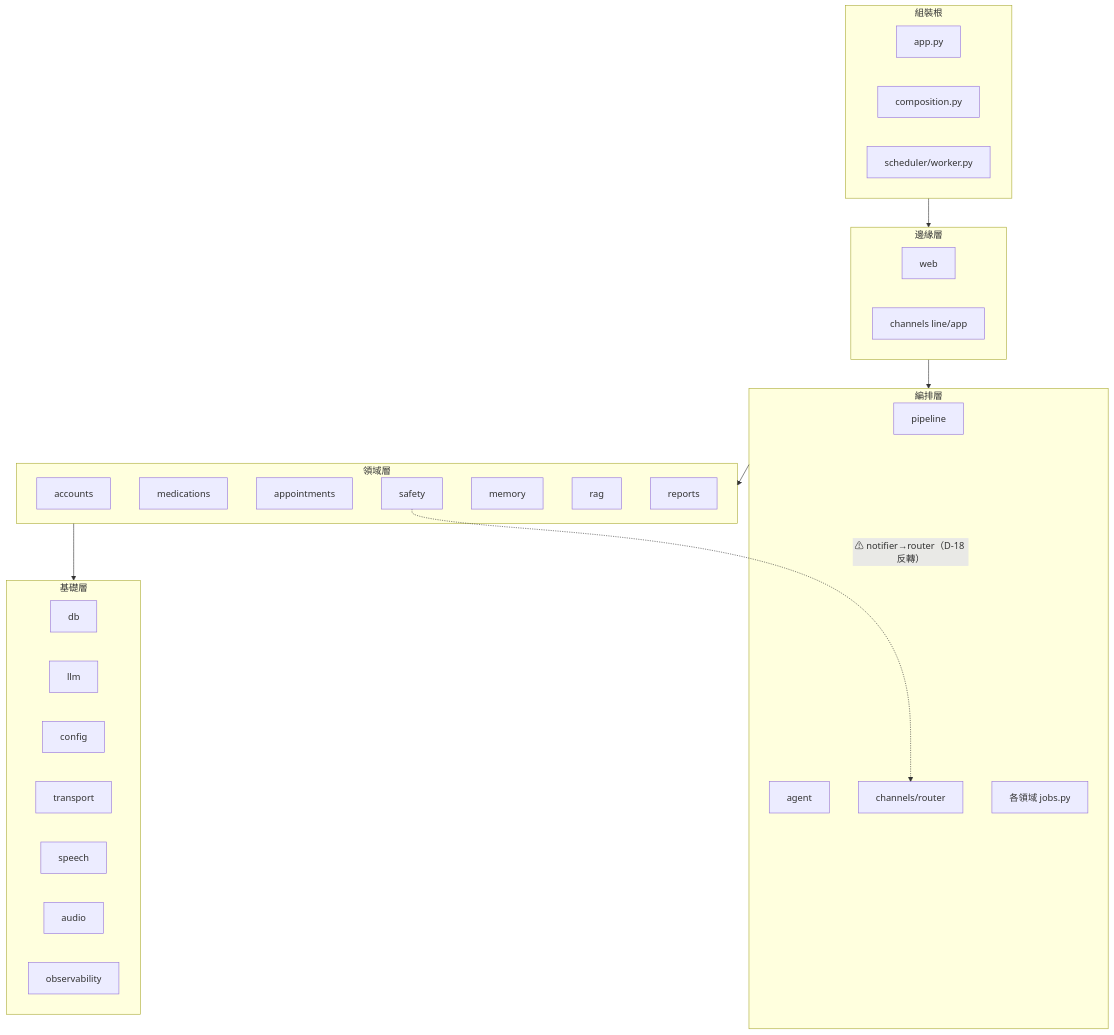
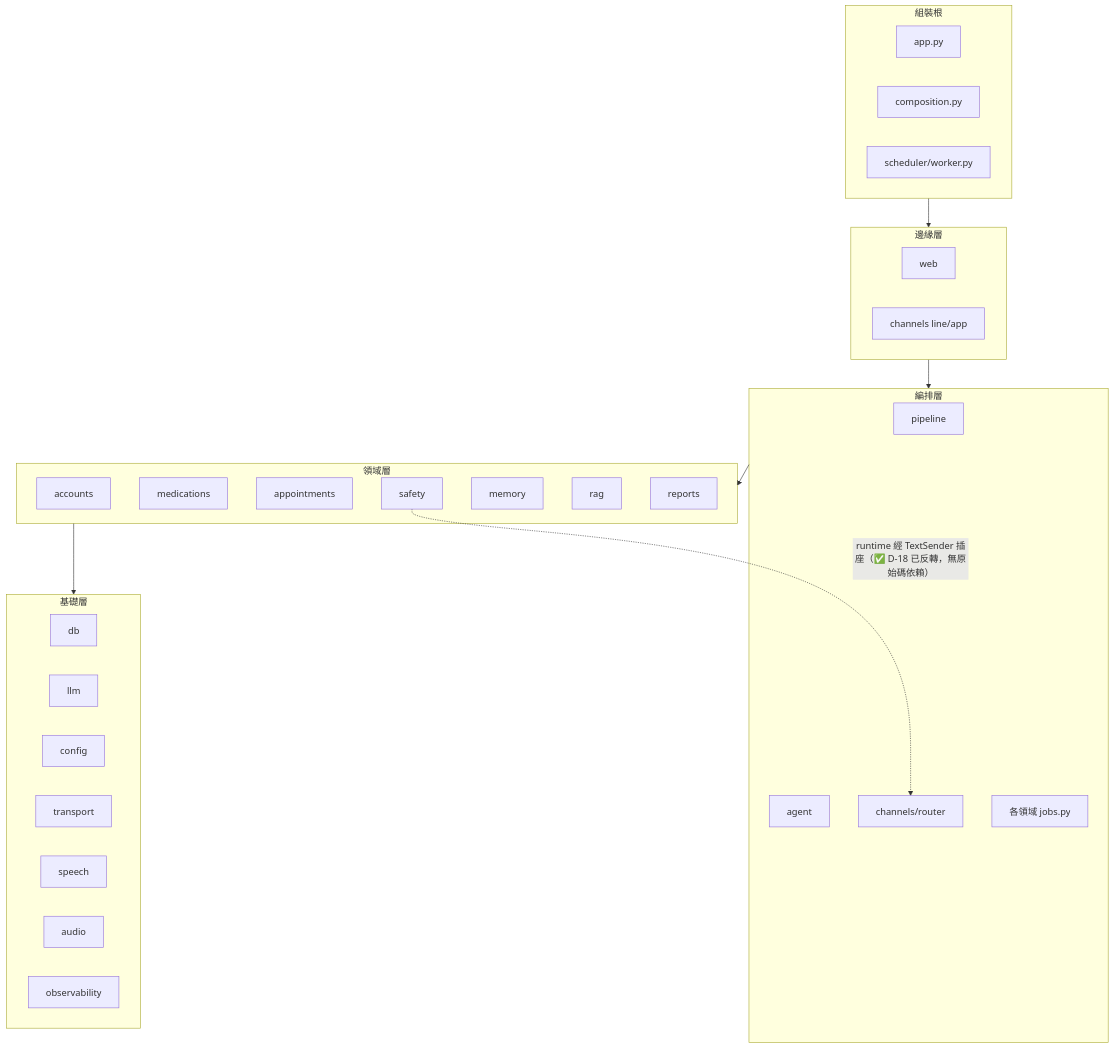
Before and after one commit to leo53021313/kinsun: the diagram in docs/dev/09_模組依賴關係.md, drawn with Mermaid. The commit also changed other lines of this file and 3 other files, not shown here.

````diff
--- a/docs/dev/09_模組依賴關係.md
+++ b/docs/dev/09_模組依賴關係.md
@@ -18,20 +18,20 @@
 ```mermaid
 graph TD
     subgraph 組裝根
         APP[app.py] & COMP[composition.py] & WORKER[scheduler/worker.py]
     end
     subgraph 邊緣層
         WEB[web] & CH[channels line/app]
     end
     subgraph 編排層
         PIPE[pipeline] & AGENT[agent] & ROUTER[channels/router] & JOBS[各領域 jobs.py]
     end
     subgraph 領域層
         ACC[accounts] & MED[medications] & APPT[appointments] & SAFE[safety] & MEM[memory] & RAG[rag] & REP[reports]
     end
     subgraph 基礎層
         DB[db] & LLM[llm] & CFG[config] & TR[transport] & SP[speech] & AU[audio] & OBS[observability]
     end
     組裝根 --> 邊緣層 --> 編排層 --> 領域層 --> 基礎層
-    SAFE -. "⚠ notifier→router（D-18 反轉）" .-> ROUTER
+    SAFE -. "runtime 經 TextSender 插座（✅ D-18 已反轉，無原始碼依賴）" .-> ROUTER
 ```
````
